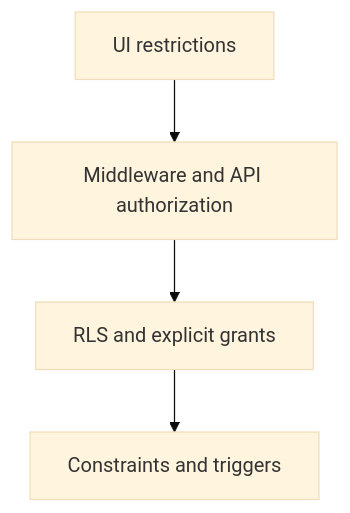
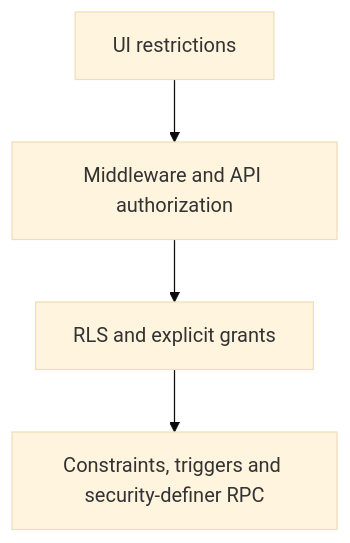
One commit to iamroymadelva/reporte-produccion changed the third of 7 diagrams in docs/ARCHITECTURE.md. Above: the diagram before and after it, drawn with Mermaid (base theme). The commit also changed other lines of this file and 19 other files, not shown here.

````diff
--- a/docs/ARCHITECTURE.md
+++ b/docs/ARCHITECTURE.md
@@ -101,6 +80,6 @@
 ```mermaid
 flowchart TD
     UI[UI restrictions] --> API[Middleware and API authorization]
     API --> RLS[RLS and explicit grants]
-    RLS --> DB[Constraints and triggers]
+    RLS --> DB[Constraints, triggers and security-definer RPC]
 ```
````
